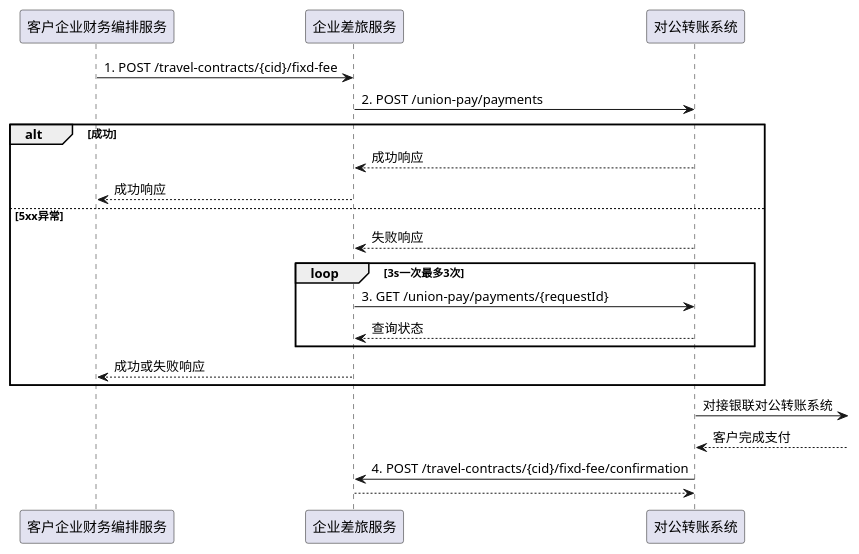
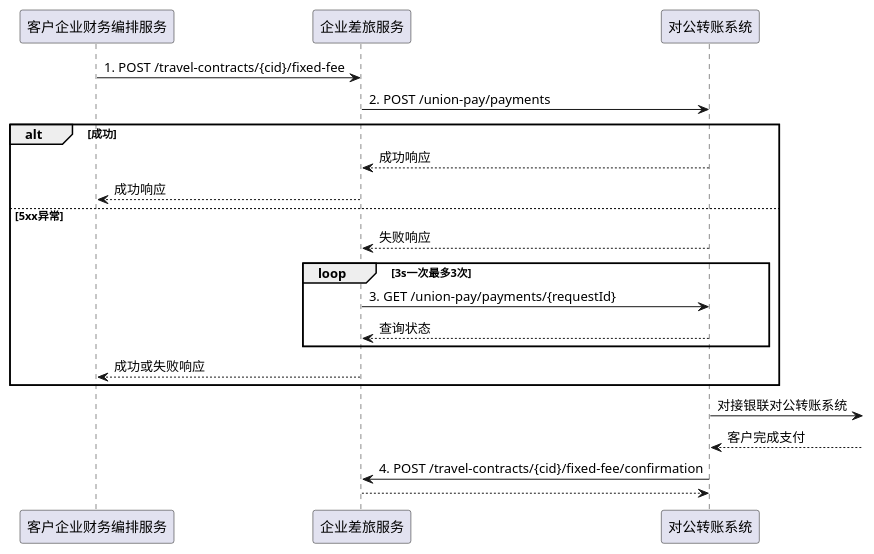
The diagram in images/CPafter.wsd (deesyx/heima), drawn with PlantUML before and after one commit. The commit also changed 17 other files, not shown here.

```diff
--- a/images/CPafter.wsd
+++ b/images/CPafter.wsd
@@ -1,25 +1,25 @@
 @startuml
 
 participant 客户企业财务编排服务 as f
 participant 企业差旅服务 as t
 participant 对公转账系统 as u
 
-f -> t: 1. POST /travel-contracts/{cid}/fixd-fee
+f -> t: 1. POST /travel-contracts/{cid}/fixed-fee
 t -> u: 2. POST /union-pay/payments
 alt 成功
     u --> t: 成功响应
     t --> f: 成功响应
 else 5xx异常
     u --> t: 失败响应
     loop 3s一次最多3次
         t -> u: 3. GET /union-pay/payments/{requestId}
         u --> t: 查询状态
     end
     t --> f: 成功或失败响应
 end
 u -> : 对接银联对公转账系统
 u <-- : 客户完成支付
-u -> t: 4. POST /travel-contracts/{cid}/fixd-fee/confirmation
+u -> t: 4. POST /travel-contracts/{cid}/fixed-fee/confirmation
 t --> u
 
 @enduml
```
